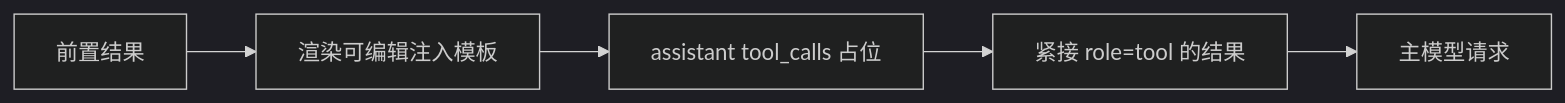
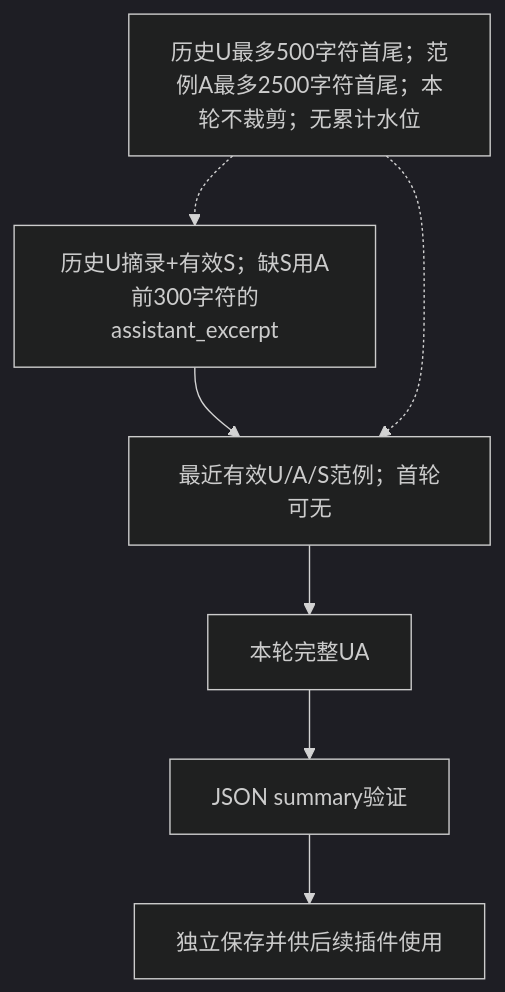
One commit to ccawmiku/workers-chat changed the third of 3 diagrams in docs/PLUGINS.md. Above: the diagram before and after it, drawn with Mermaid (dark theme). The commit also changed other lines of this file and 71 other files, not shown here.

````diff
--- a/docs/PLUGINS.md
+++ b/docs/PLUGINS.md
@@ -343,7 +347,9 @@
 ```mermaid
-flowchart LR
-    Result[前置结果] --> Template[渲染可编辑注入模板]
-    Template --> Call[assistant tool_calls 占位]
-    Call --> Tool[紧接 role=tool 的结果]
-    Tool --> Main[主模型请求]
+flowchart TD
+  H[历史U摘录+有效S；缺S用A前300字符的assistant_excerpt] --> E[最近有效U/A/S范例；首轮可无]
+  E --> Now[本轮完整UA]
+  Now --> JSON[JSON summary验证]
+  JSON --> Saved[独立保存并供后续插件使用]
+  Limits[历史U最多500字符首尾；范例A最多2500字符首尾；本轮不裁剪；无累计水位] -.-> H
+  Limits -.-> E
 ```
````
